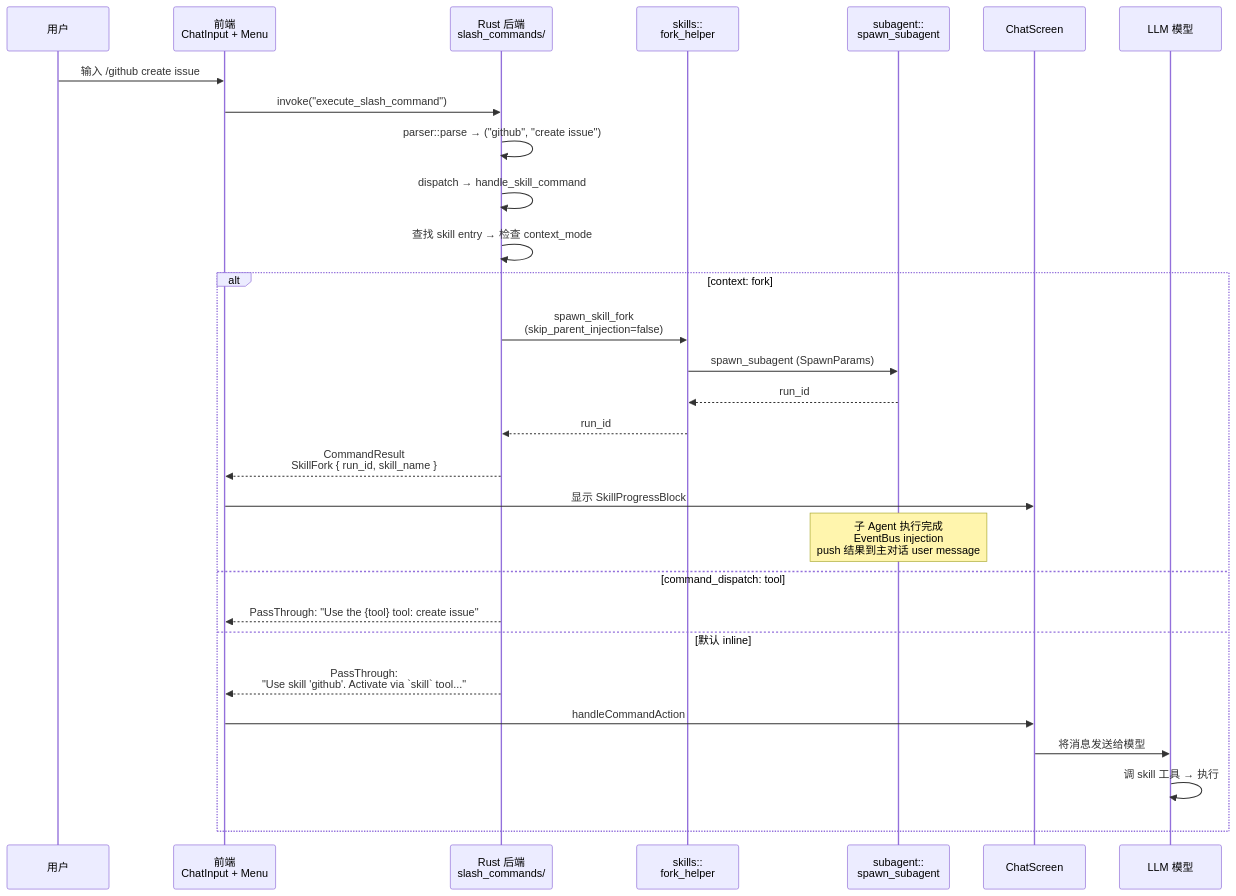
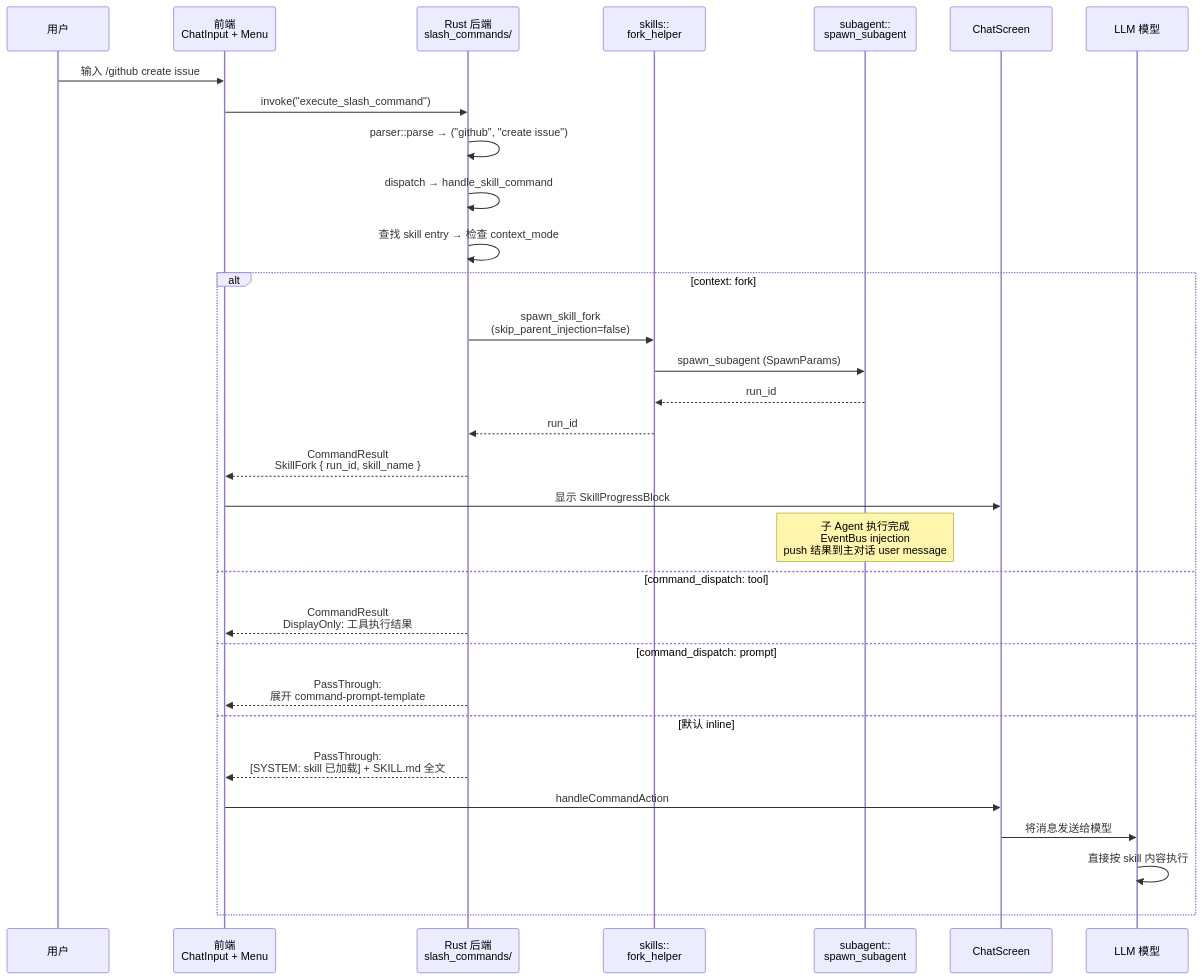
Before and after one commit to shiwenwen/hope-agent: diagram 18 of 18 in docs/architecture/skill-system.md, drawn with Mermaid. The commit also changed other lines of this file and 25 other files, not shown here.

````diff
--- a/docs/architecture/skill-system.md
+++ b/docs/architecture/skill-system.md
@@ -1414,33 +1506,35 @@
 ```mermaid
 sequenceDiagram
     participant U as 用户
     participant FE as 前端<br/>ChatInput + Menu
     participant BE as Rust 后端<br/>slash_commands/
     participant FORK as skills::<br/>fork_helper
     participant SUB as subagent::<br/>spawn_subagent
     participant CS as ChatScreen
     participant LLM as LLM 模型
 
     U->>FE: 输入 /github create issue
     FE->>BE: invoke("execute_slash_command")
     BE->>BE: parser::parse → ("github", "create issue")
     BE->>BE: dispatch → handle_skill_command
     BE->>BE: 查找 skill entry → 检查 context_mode
 
     alt context: fork
         BE->>FORK: spawn_skill_fork<br/>(skip_parent_injection=false)
         FORK->>SUB: spawn_subagent (SpawnParams)
         SUB-->>FORK: run_id
         FORK-->>BE: run_id
         BE-->>FE: CommandResult<br/>SkillFork { run_id, skill_name }
         FE->>CS: 显示 SkillProgressBlock
         Note over SUB: 子 Agent 执行完成<br/>EventBus injection<br/>push 结果到主对话 user message
     else command_dispatch: tool
-        BE-->>FE: PassThrough: "Use the {tool} tool: create issue"
+        BE-->>FE: CommandResult<br/>DisplayOnly: 工具执行结果
+    else command_dispatch: prompt
+        BE-->>FE: PassThrough:<br/>展开 command-prompt-template
     else 默认 inline
-        BE-->>FE: PassThrough:<br/>"Use skill 'github'. Activate via `skill` tool..."
+        BE-->>FE: PassThrough:<br/>[SYSTEM: skill 已加载] + SKILL.md 全文
         FE->>CS: handleCommandAction
         CS->>LLM: 将消息发送给模型
-        LLM->>LLM: 调 skill 工具 → 执行
+        LLM->>LLM: 直接按 skill 内容执行
     end
 ```
````
